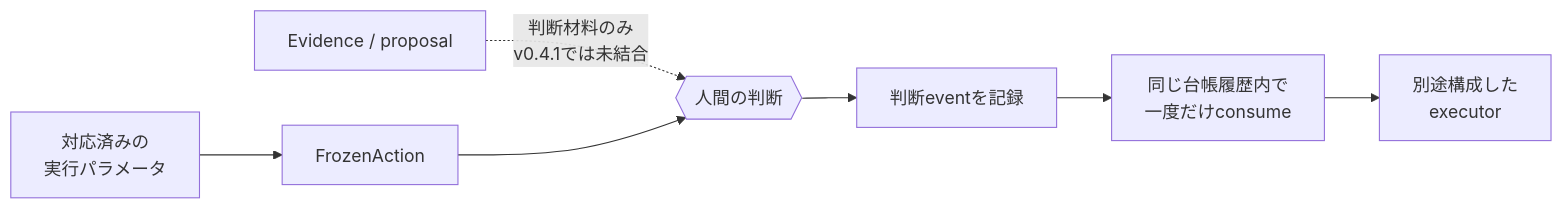
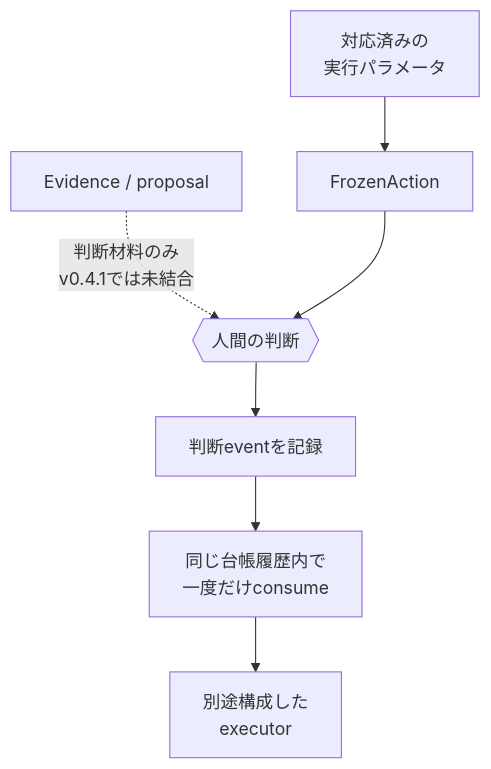
One commit to UMEBOSHIISAN/mothership changed the diagram in README.md. Above: the diagram before and after it, drawn with Mermaid. The commit also changed 3 other files, not shown here.

Commit message:
docs: keep authority diagram readable

````diff
--- a/README.md
+++ b/README.md
@@ -69,9 +69,9 @@
 ```mermaid
-flowchart LR
+flowchart TB
     E["Evidence / proposal"] -. "判断材料のみ<br/>v0.4.1では未結合" .-> H{{"人間の判断"}}
     P["対応済みの<br/>実行パラメータ"] --> F["FrozenAction"]
     F --> H
     H --> A["判断eventを記録"]
     A --> C["同じ台帳履歴内で<br/>一度だけconsume"]
     C --> X["別途構成した<br/>executor"]
 ```
````
